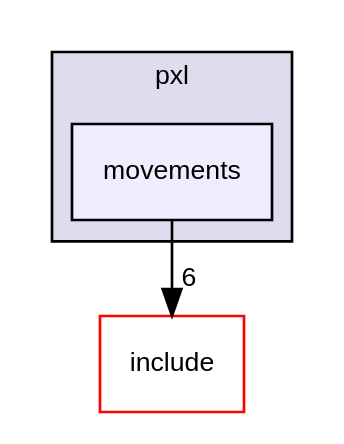
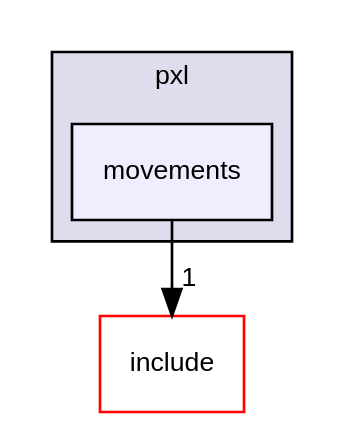
Before and after one commit to Pixel-Lib/Pixel: the diagram in dir_da6b542a4b13fc055b1c444658d69961_dep.dot, drawn with Graphviz. The commit also changed 24 other files, not shown here.

```diff
--- a/dir_da6b542a4b13fc055b1c444658d69961_dep.dot
+++ b/dir_da6b542a4b13fc055b1c444658d69961_dep.dot
@@ -1,11 +1,11 @@
 digraph "src/pxl/movements" {
   compound=true
   node [ fontsize="10", fontname="Helvetica"];
   edge [ labelfontsize="10", labelfontname="Helvetica"];
   subgraph clusterdir_87a857eff530ad659c1a04633acb58d5 {
     graph [ bgcolor="#ddddee", pencolor="black", label="pxl" fontname="Helvetica", fontsize="10", URL="dir_87a857eff530ad659c1a04633acb58d5.html"]
   dir_da6b542a4b13fc055b1c444658d69961 [shape=box, label="movements", style="filled", fillcolor="#eeeeff", pencolor="black", URL="dir_da6b542a4b13fc055b1c444658d69961.html"];
   }
   dir_d44c64559bbebec7f509842c48db8b23 [shape=box label="include" fillcolor="white" style="filled" color="red" URL="dir_d44c64559bbebec7f509842c48db8b23.html"];
-  dir_da6b542a4b13fc055b1c444658d69961->dir_d44c64559bbebec7f509842c48db8b23 [headlabel="6", labeldistance=1.5 headhref="dir_000008_000000.html"];
+  dir_da6b542a4b13fc055b1c444658d69961->dir_d44c64559bbebec7f509842c48db8b23 [headlabel="1", labeldistance=1.5 headhref="dir_000008_000000.html"];
 }
```
